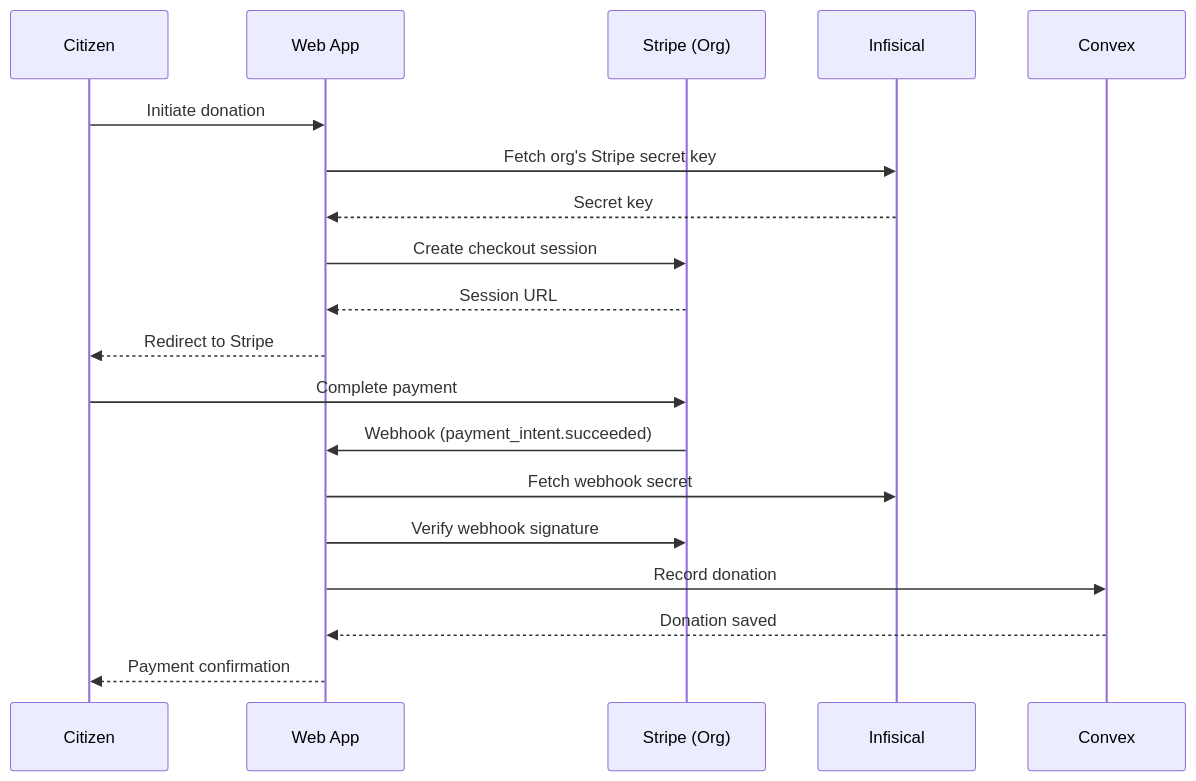
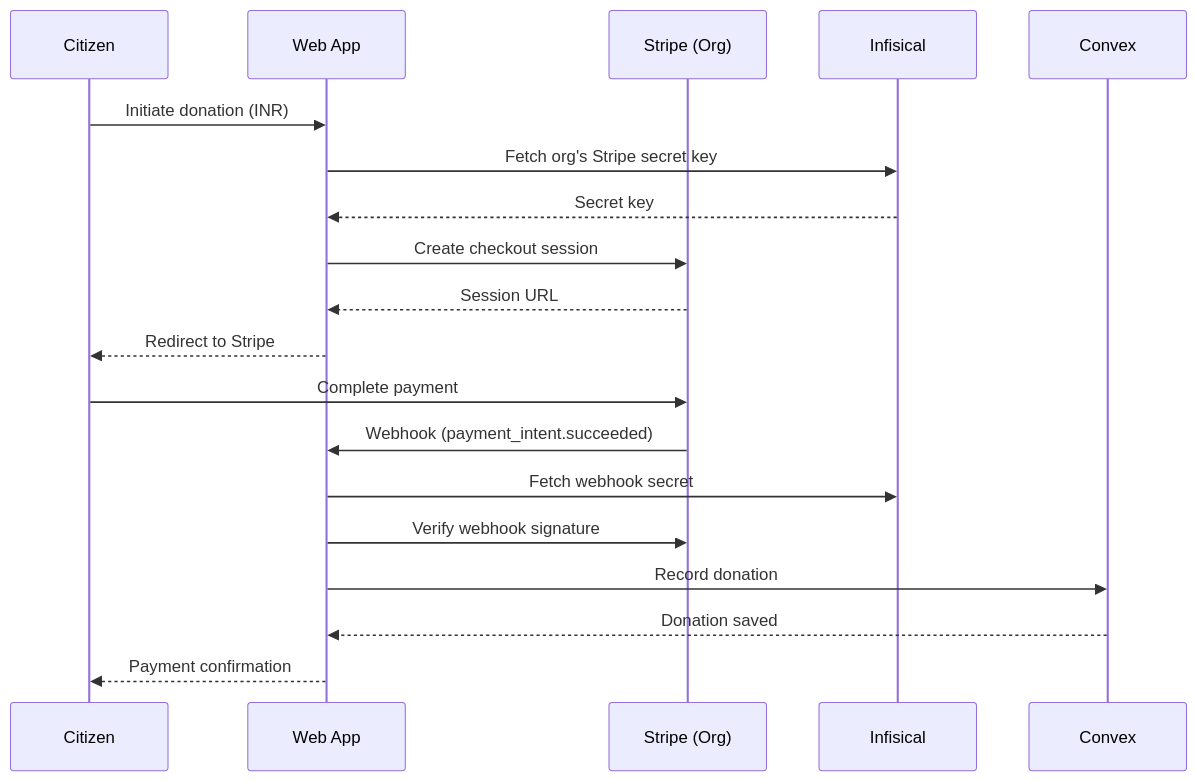
One commit to nilavtalukdar06/urban-watch changed the sixth of 7 diagrams in README.md. Above: the diagram before and after it, drawn with Mermaid. The commit also changed other lines of this file and 1 other file, not shown here.

````diff
--- a/README.md
+++ b/README.md
@@ -290,22 +333,22 @@
 ```mermaid
 sequenceDiagram
     participant C as Citizen
     participant W as Web App
     participant S as Stripe (Org)
     participant I as Infisical
     participant Cx as Convex
 
-    C->>W: Initiate donation
+    C->>W: Initiate donation (INR)
     W->>I: Fetch org's Stripe secret key
     I-->>W: Secret key
     W->>S: Create checkout session
     S-->>W: Session URL
     W-->>C: Redirect to Stripe
     C->>S: Complete payment
     S->>W: Webhook (payment_intent.succeeded)
     W->>I: Fetch webhook secret
     W->>S: Verify webhook signature
     W->>Cx: Record donation
     Cx-->>W: Donation saved
     W-->>C: Payment confirmation
 ```
````
